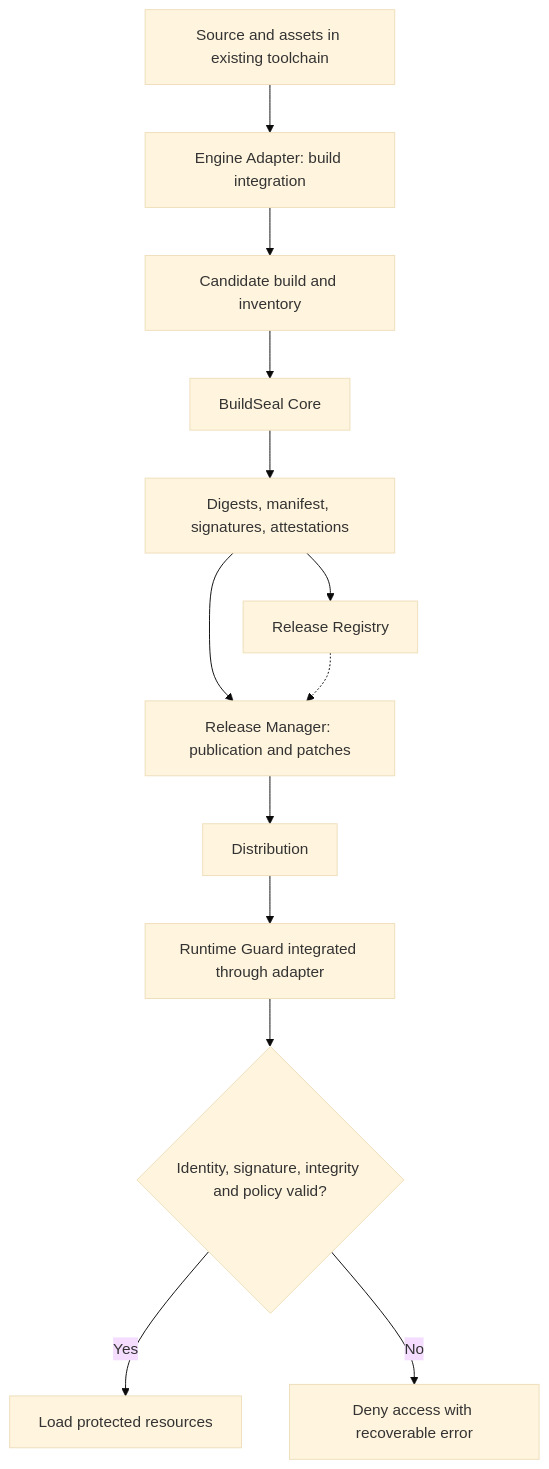
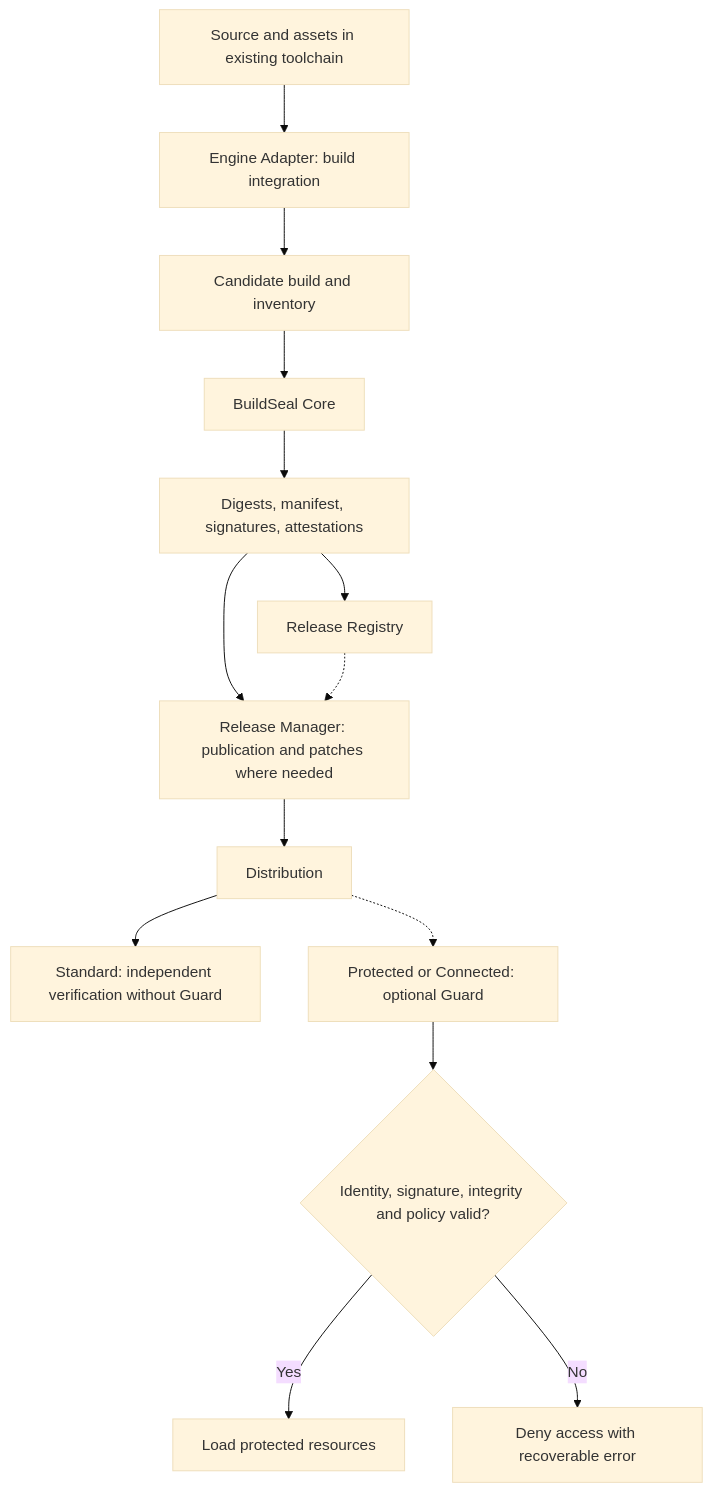
The diagram in BuildSeal_Report_EN.md (GVibeDev/Buildseal), drawn with Mermaid (base theme) before and after one commit. The commit also changed other lines of this file and 3 other files, not shown here.

````diff
--- a/BuildSeal_Report_EN.md
+++ b/BuildSeal_Report_EN.md
@@ -57,15 +57,16 @@
 ```mermaid
 flowchart TD
     A[Source and assets in existing toolchain] --> B[Engine Adapter: build integration]
     B --> C[Candidate build and inventory]
     C --> D[BuildSeal Core]
     D --> E[Digests, manifest, signatures, attestations]
     E --> F[Release Registry]
-    E --> G[Release Manager: publication and patches]
+    E --> G[Release Manager: publication and patches where needed]
     G --> H[Distribution]
-    H --> I[Runtime Guard integrated through adapter]
+    H --> S["Standard: independent verification without Guard"]
+    H -.-> I["Protected or Connected: optional Guard"]
     I --> J{Identity, signature, integrity and policy valid?}
     J -->|Yes| K[Load protected resources]
     J -->|No| L[Deny access with recoverable error]
     F -.-> G
 ```
````
